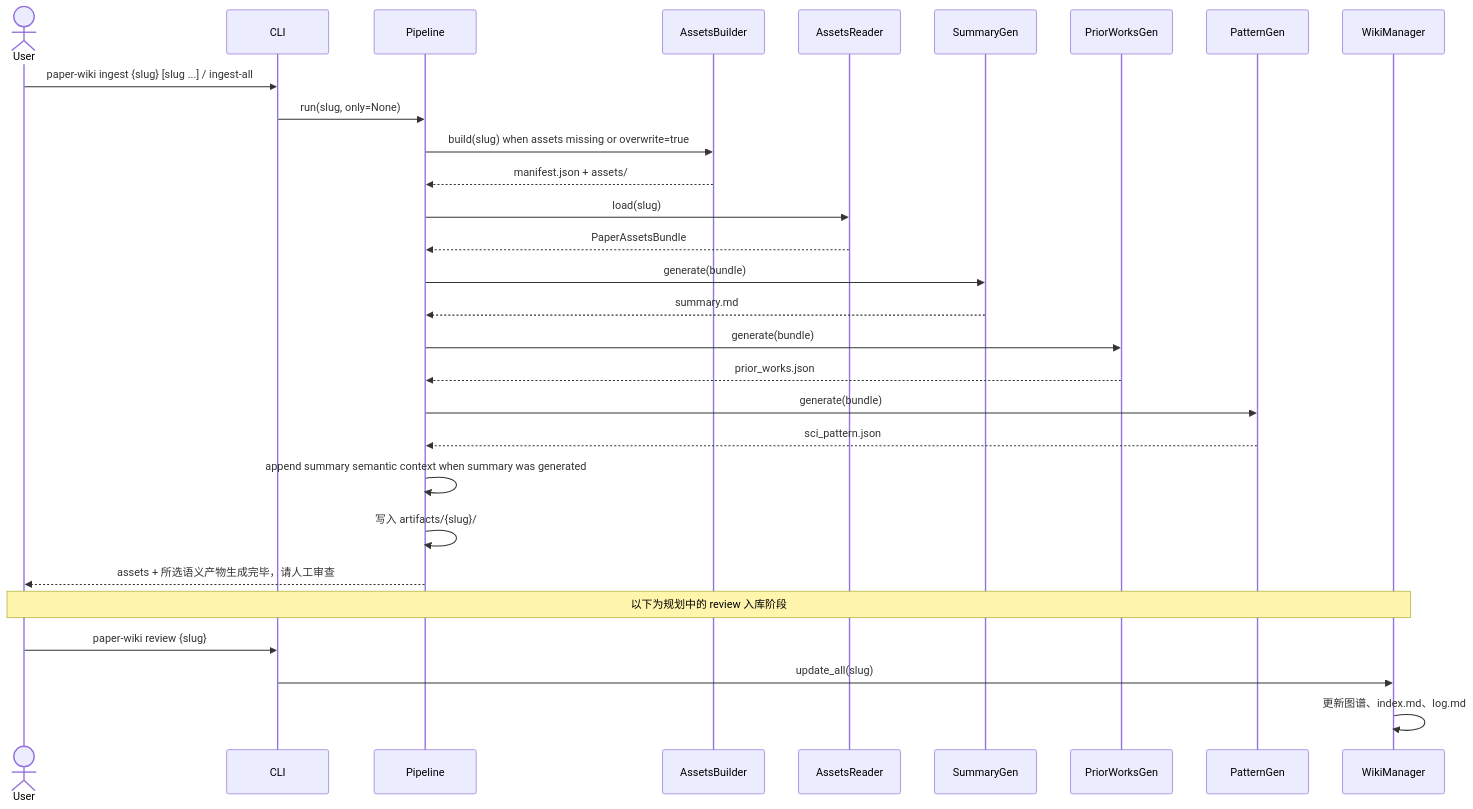
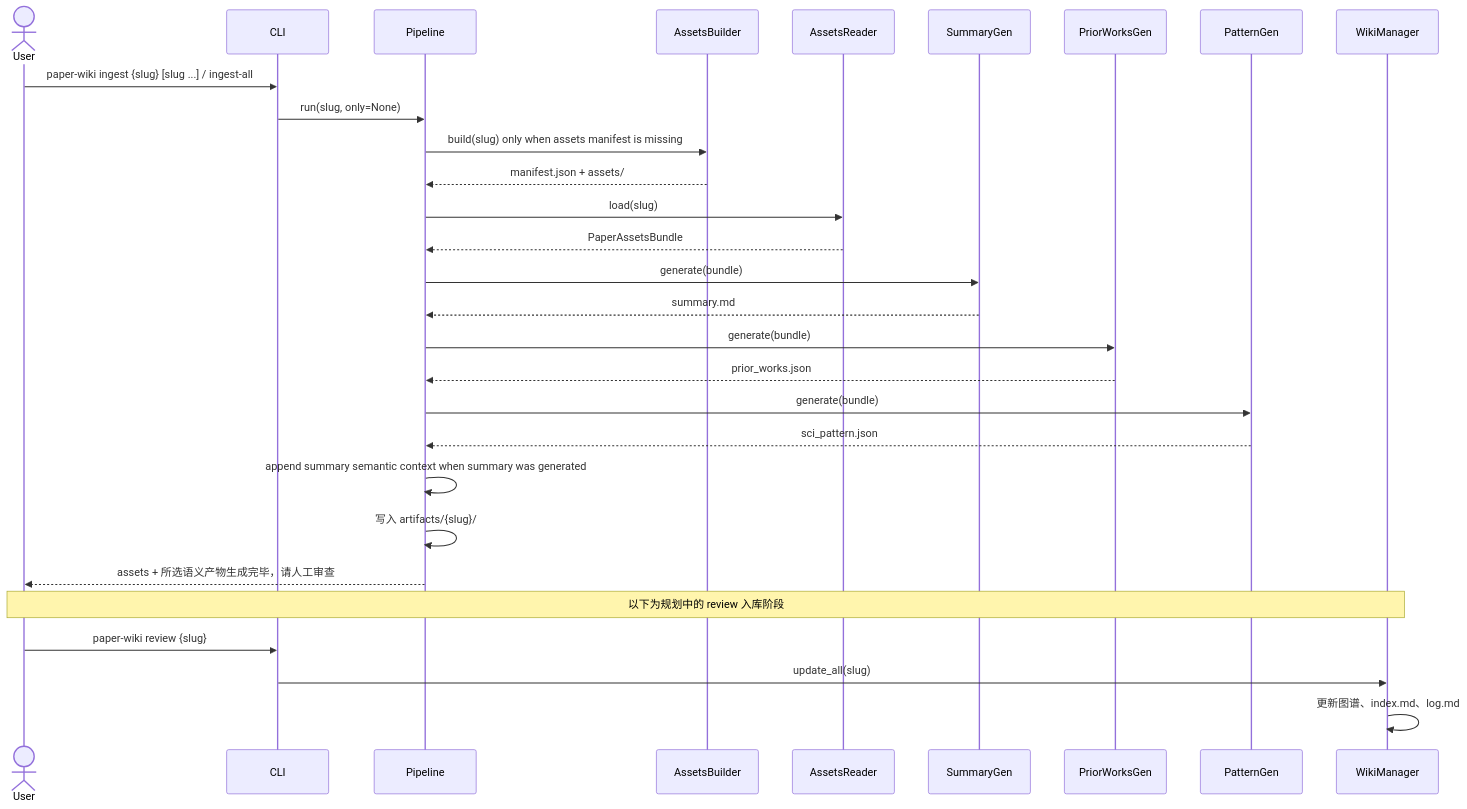
Before and after one commit to Szy5/ResearchWorkSpace: diagram 11 of 16 in docs/Paper-Wiki 技术方案_v1.md, drawn with Mermaid. The commit also changed other lines of this file and 53 other files, not shown here.

````diff
--- a/docs/Paper-Wiki 技术方案_v1.md
+++ b/docs/Paper-Wiki 技术方案_v1.md
@@ -693,37 +715,37 @@
 ```mermaid
 sequenceDiagram
     actor User
     participant CLI
     participant Pipeline
     participant AssetsBuilder
     participant AssetsReader
     participant SummaryGen
     participant PriorWorksGen
     participant PatternGen
     participant WikiManager
 
     User->>CLI: paper-wiki ingest {slug} [slug ...] / ingest-all
     CLI->>Pipeline: run(slug, only=None)
-    Pipeline->>AssetsBuilder: build(slug) when assets missing or overwrite=true
+    Pipeline->>AssetsBuilder: build(slug) only when assets manifest is missing
     AssetsBuilder-->>Pipeline: manifest.json + assets/
     Pipeline->>AssetsReader: load(slug)
     AssetsReader-->>Pipeline: PaperAssetsBundle
 
     Pipeline->>SummaryGen: generate(bundle)
     SummaryGen-->>Pipeline: summary.md
 
     Pipeline->>PriorWorksGen: generate(bundle)
     PriorWorksGen-->>Pipeline: prior_works.json
 
     Pipeline->>PatternGen: generate(bundle)
     PatternGen-->>Pipeline: sci_pattern.json
 
     Pipeline->>Pipeline: append summary semantic context when summary was generated
     Pipeline->>Pipeline: 写入 artifacts/{slug}/
     Pipeline-->>User: assets + 所选语义产物生成完毕，请人工审查
 
     Note over User,WikiManager: 以下为规划中的 review 入库阶段
     User->>CLI: paper-wiki review {slug}
     CLI->>WikiManager: update_all(slug)
     WikiManager->>WikiManager: 更新图谱、index.md、log.md
 ```
````
